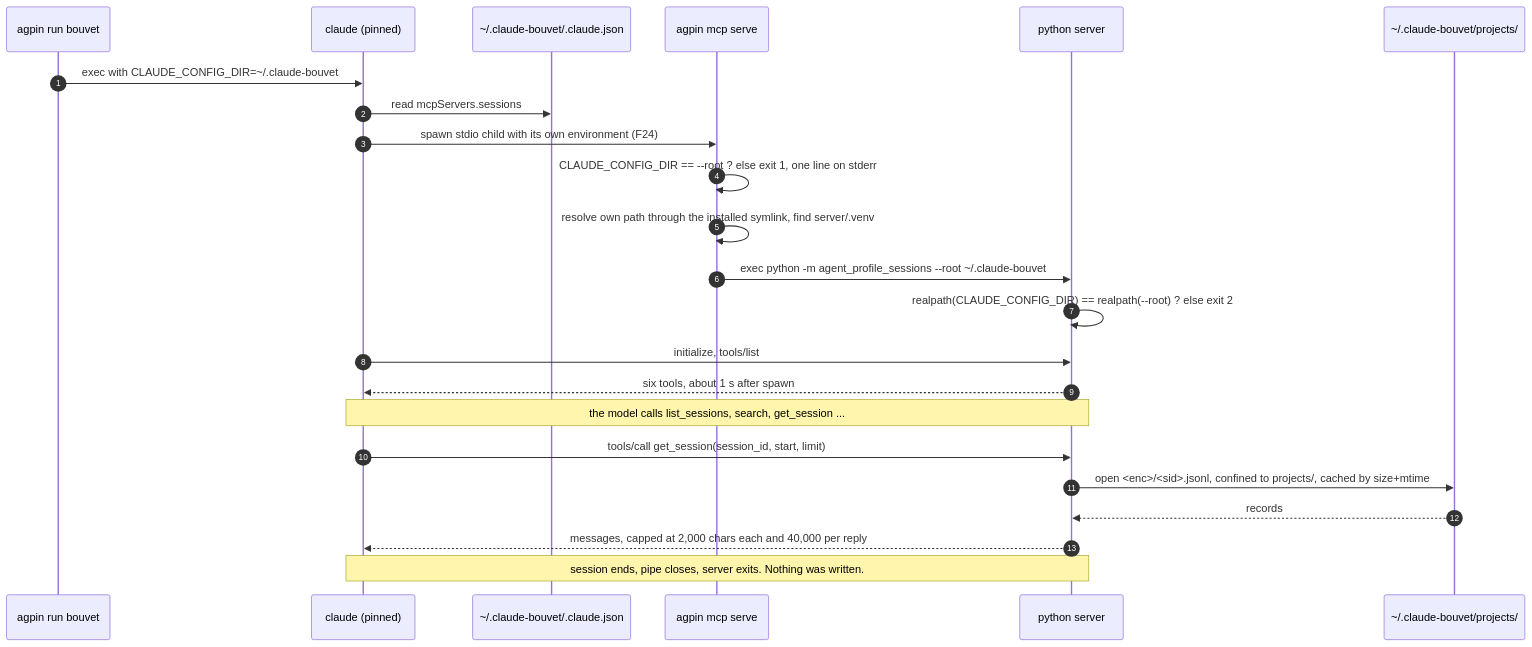
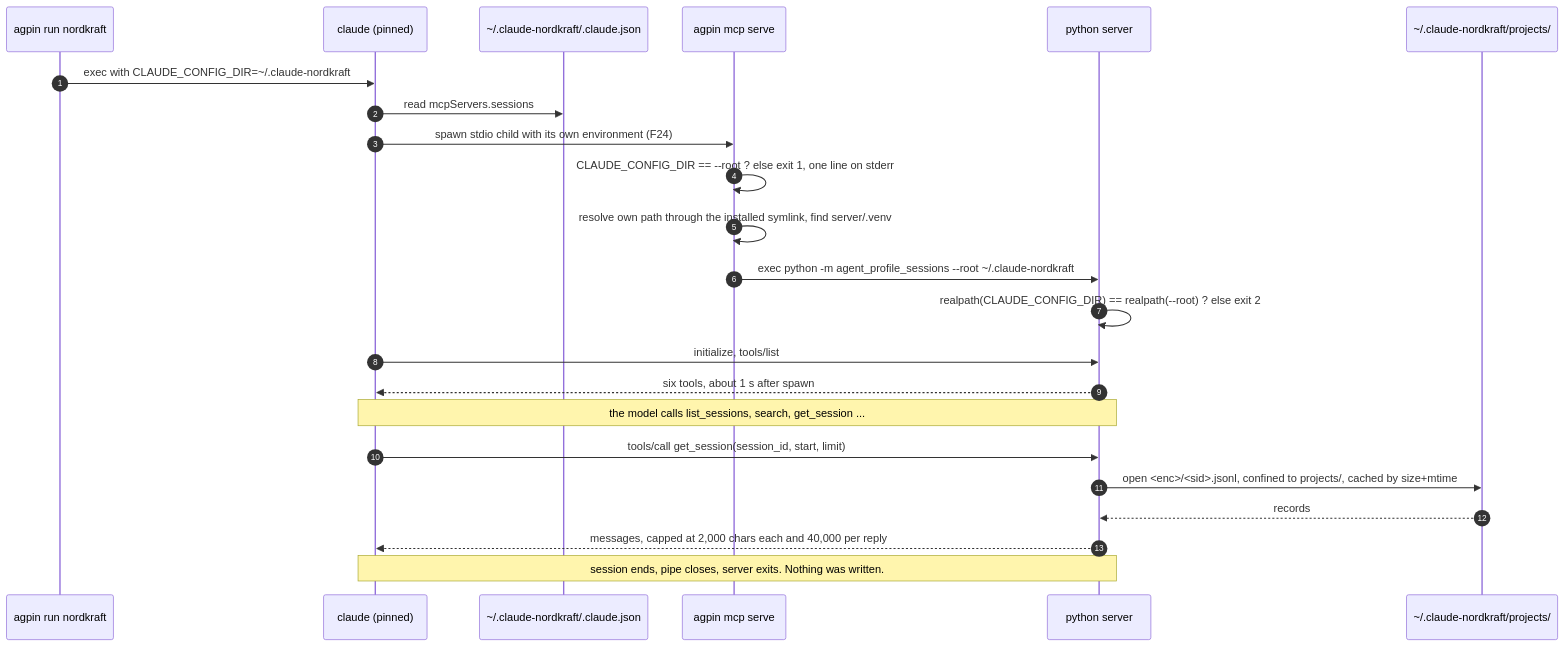
One commit to mmsge/agent-profile-manager changed the second of 5 diagrams in docs/proposals/2026-09-15-sessions-mcp.md. Above: the diagram before and after it, drawn with Mermaid. The commit also changed other lines of this file, not shown here.

First line of the commit message:
Use invented customers as the example profiles in the sessions server note

````diff
--- a/docs/proposals/2026-09-15-sessions-mcp.md
+++ b/docs/proposals/2026-09-15-sessions-mcp.md
@@ -188,26 +189,26 @@
 ```mermaid
 sequenceDiagram
     autonumber
-    participant U as agpin run bouvet
+    participant U as agpin run nordkraft
     participant C as claude (pinned)
-    participant S as ~/.claude-bouvet/.claude.json
+    participant S as ~/.claude-nordkraft/.claude.json
     participant L as agpin mcp serve
     participant P as python server
-    participant T as ~/.claude-bouvet/projects/
+    participant T as ~/.claude-nordkraft/projects/
 
-    U->>C: exec with CLAUDE_CONFIG_DIR=~/.claude-bouvet
+    U->>C: exec with CLAUDE_CONFIG_DIR=~/.claude-nordkraft
     C->>S: read mcpServers.sessions
     C->>L: spawn stdio child with its own environment (F24)
     L->>L: CLAUDE_CONFIG_DIR == --root ? else exit 1, one line on stderr
     L->>L: resolve own path through the installed symlink, find server/.venv
-    L->>P: exec python -m agent_profile_sessions --root ~/.claude-bouvet
+    L->>P: exec python -m agent_profile_sessions --root ~/.claude-nordkraft
     P->>P: realpath(CLAUDE_CONFIG_DIR) == realpath(--root) ? else exit 2
     C->>P: initialize, tools/list
     P-->>C: six tools, about 1 s after spawn
     Note over C,P: the model calls list_sessions, search, get_session ...
     C->>P: tools/call get_session(session_id, start, limit)
     P->>T: open <enc>/<sid>.jsonl, confined to projects/, cached by size+mtime
     T-->>P: records
     P-->>C: messages, capped at 2,000 chars each and 40,000 per reply
     Note over C,P: session ends, pipe closes, server exits. Nothing was written.
 ```
````
